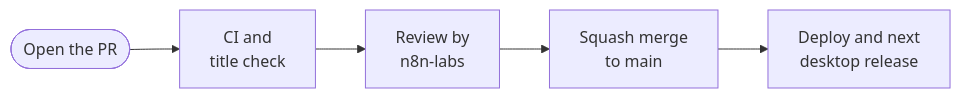
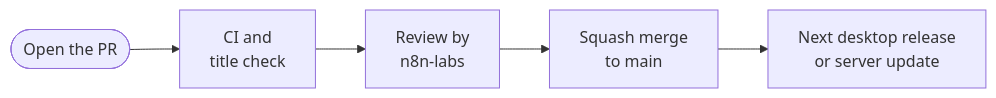
Before and after one commit to KrishBhimani/nod: the first of 2 diagrams in docs/src/content/docs/contribute/pull-requests.md, drawn with Mermaid. The commit also changed other lines of this file and 135 other files, not shown here.

````diff
--- a/docs/src/content/docs/contribute/pull-requests.md
+++ b/docs/src/content/docs/contribute/pull-requests.md
@@ -49,7 +49,7 @@
 ```mermaid
 flowchart LR
   open([Open the PR]):::accent --> ci[CI and<br/>title check]
   ci --> review[Review by<br/>n8n-labs]
   review --> merge[Squash merge<br/>to main]:::go
-  merge --> after[Deploy and next<br/>desktop release]:::muted
+  merge --> after[Next desktop release<br/>or server update]:::muted
 ```
````
